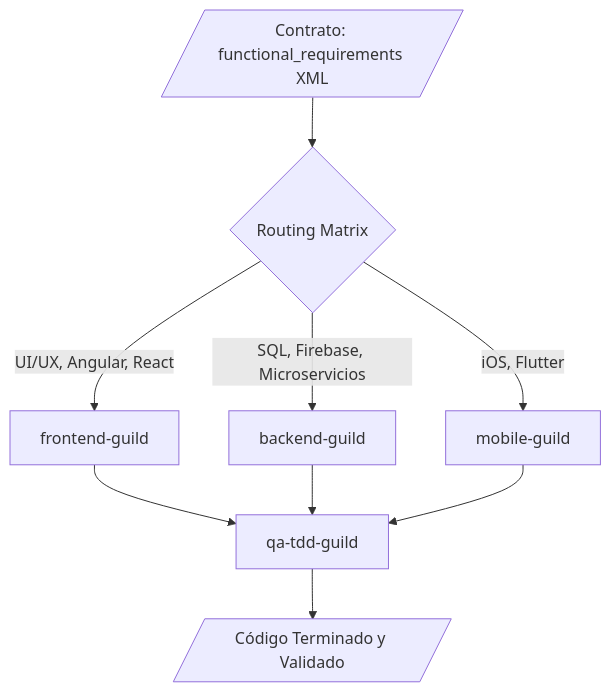
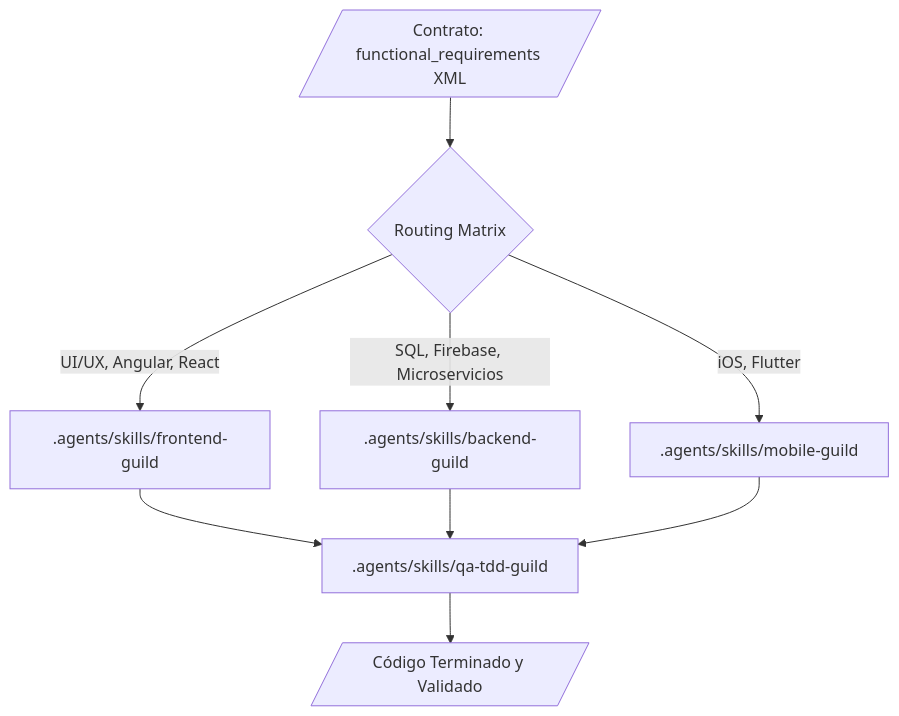
Before and after one commit to Nomackleo/agents-factory: the diagram in agents-factory/software-engineering-ecosystem/README.md, drawn with Mermaid. The commit also changed other lines of this file and 99 other files, not shown here.

Commit message:
chore: implement Antigravity 2.0 B2B architecture, security layers, and ecosystem audits

````diff
--- a/agents-factory/software-engineering-ecosystem/README.md
+++ b/agents-factory/software-engineering-ecosystem/README.md
@@ -14,14 +17,14 @@
 ```mermaid
 graph TD
     Input[/Contrato: functional_requirements XML/] --> Router{Routing Matrix}
     
-    Router --> |UI/UX, Angular, React| F[frontend-guild]
-    Router --> |SQL, Firebase, Microservicios| B[backend-guild]
-    Router --> |iOS, Flutter| M[mobile-guild]
+    Router --> |UI/UX, Angular, React| F[.agents/skills/frontend-guild]
+    Router --> |SQL, Firebase, Microservicios| B[.agents/skills/backend-guild]
+    Router --> |iOS, Flutter| M[.agents/skills/mobile-guild]
     
-    F --> QA[qa-tdd-guild]
+    F --> QA[.agents/skills/qa-tdd-guild]
     B --> QA
     M --> QA
     
     QA --> Output[/Código Terminado y Validado/]
 ```
````
